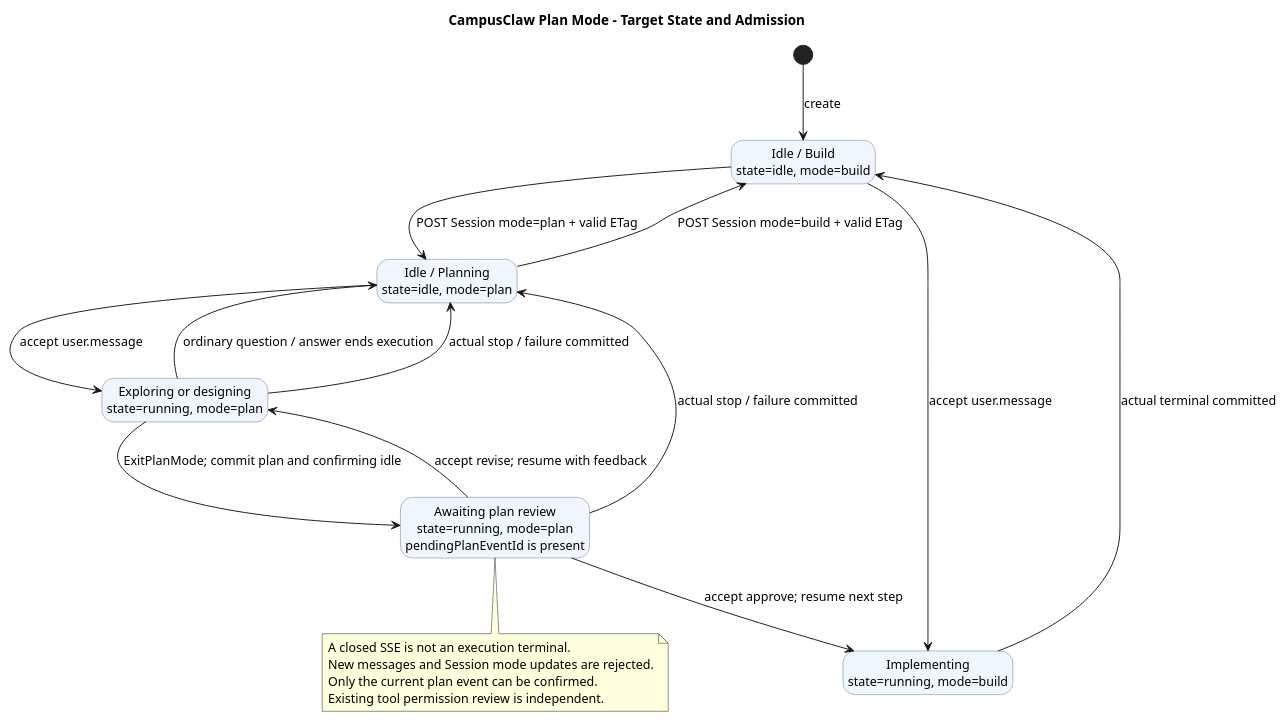
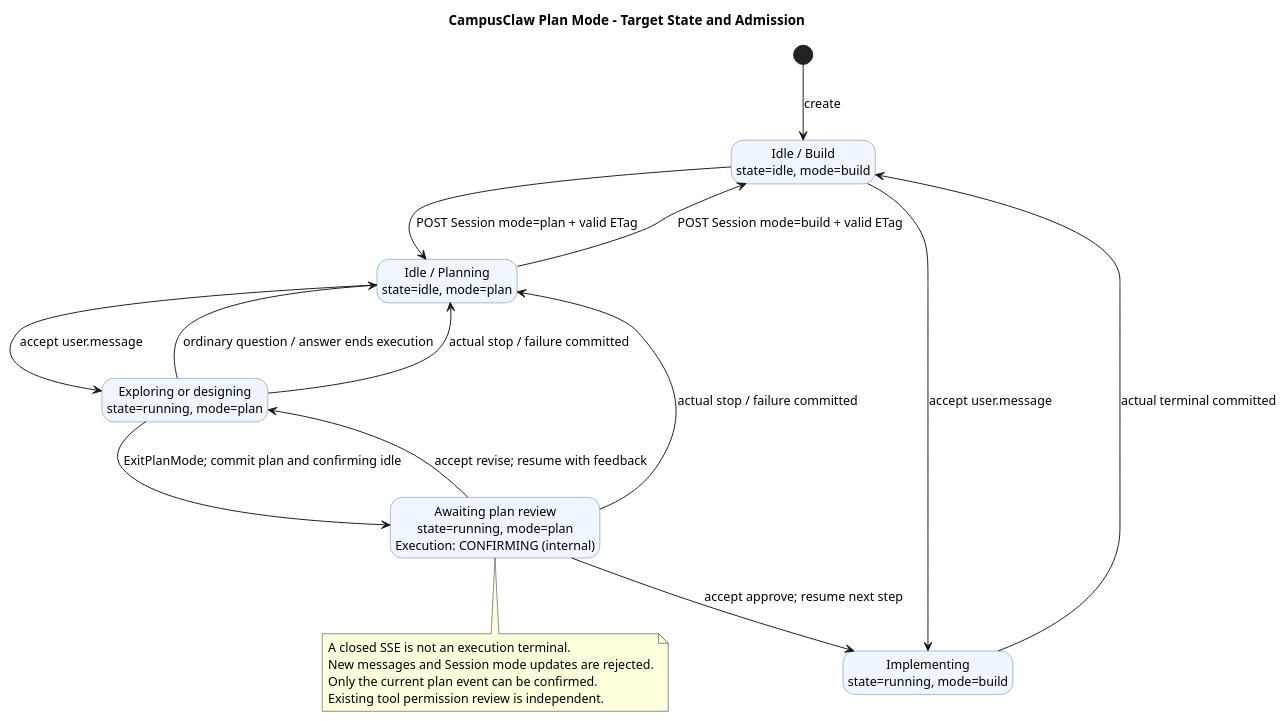
Before and after one commit to ssm0808/pi-mono-java-design: the third of 3 diagrams in 01-总体架构/06-CampusClaw计划模式/diagram.puml, drawn with PlantUML. The commit also changed other lines of this file and 15 other files, not shown here.

Commit message:
docs(plan): 从事件恢复审核并保持 Session 响应稳定

```diff
--- a/01-总体架构/06-CampusClaw计划模式/diagram.puml
+++ b/01-总体架构/06-CampusClaw计划模式/diagram.puml
@@ -249,42 +249,43 @@
 @startuml plan_mode_state
 ' Source baseline: pi-mono-java 09b32d8ea4a4b43b34be302d8b2745bdc417c9a2.
 ' Source: modules/coding-agent-cli/src/main/java/com/campusclaw/codingagent/runtimeapi/session/RuntimeSessionState.java :: IDLE, RUNNING.
 ' Source: modules/coding-agent-cli/src/main/java/com/campusclaw/codingagent/runtimeapi/event/RuntimeExecutionCoordinator.java :: timeout, commitAndRelease.
+' Source: frontend/src/runtime/eventStore.ts :: executionState; the plan projection is target-only.
 ' Observed behavior: confirming closes HTTP output without releasing Session admission.
-' Design reason: target-only mode remains separate from the existing resource state.
+' Design reason: review stays in execution state; clients recover from events, without a Session pointer.
 ' Java divergence: manual mode switching is idle-only; approval exits within the original execution.
 title CampusClaw Plan Mode - Target State and Admission
 skinparam backgroundColor #FFFFFF
 skinparam defaultFontName SansSerif
 skinparam defaultFontSize 13
 skinparam shadowing false
 skinparam stateBackgroundColor #EFF6FF
 skinparam stateBorderColor #64748B
 hide empty description
 
 state "Idle / Build\nstate=idle, mode=build" as Normal
 state "Idle / Planning\nstate=idle, mode=plan" as PlanIdle
 state "Exploring or designing\nstate=running, mode=plan" as Planning
-state "Awaiting plan review\nstate=running, mode=plan\npendingPlanEventId is present" as Reviewing
+state "Awaiting plan review\nstate=running, mode=plan\nExecution: CONFIRMING (internal)" as Reviewing
 state "Implementing\nstate=running, mode=build" as Implementing
 
 [*] --> Normal : create
 Normal --> PlanIdle : POST Session mode=plan + valid ETag
 PlanIdle --> Normal : POST Session mode=build + valid ETag
 PlanIdle --> Planning : accept user.message
 Planning --> PlanIdle : ordinary question / answer ends execution
 Planning --> Reviewing : ExitPlanMode; commit plan and confirming idle
 Reviewing --> Planning : accept revise; resume with feedback
 Reviewing --> Implementing : accept approve; resume next step
 Normal --> Implementing : accept user.message
 Implementing --> Normal : actual terminal committed
 Planning --> PlanIdle : actual stop / failure committed
 Reviewing --> PlanIdle : actual stop / failure committed
 
 note bottom of Reviewing
   A closed SSE is not an execution terminal.
   New messages and Session mode updates are rejected.
   Only the current plan event can be confirmed.
   Existing tool permission review is independent.
 end note
 @enduml
```
